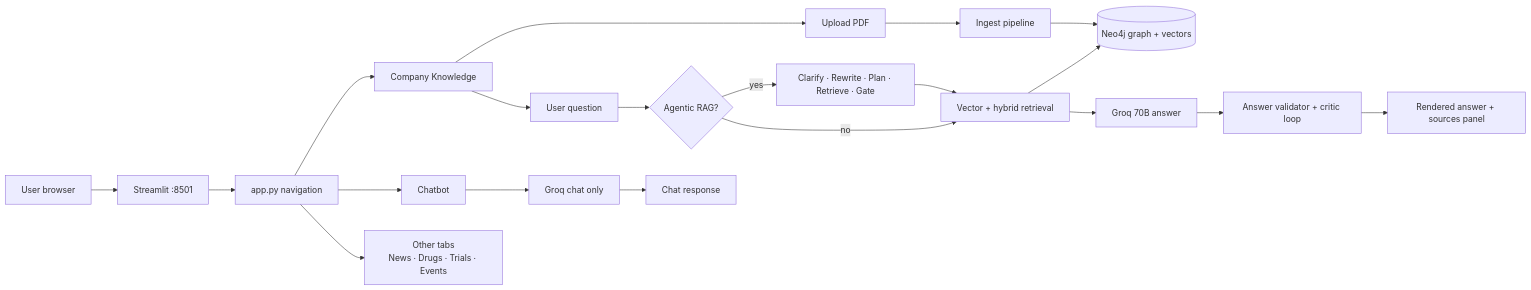
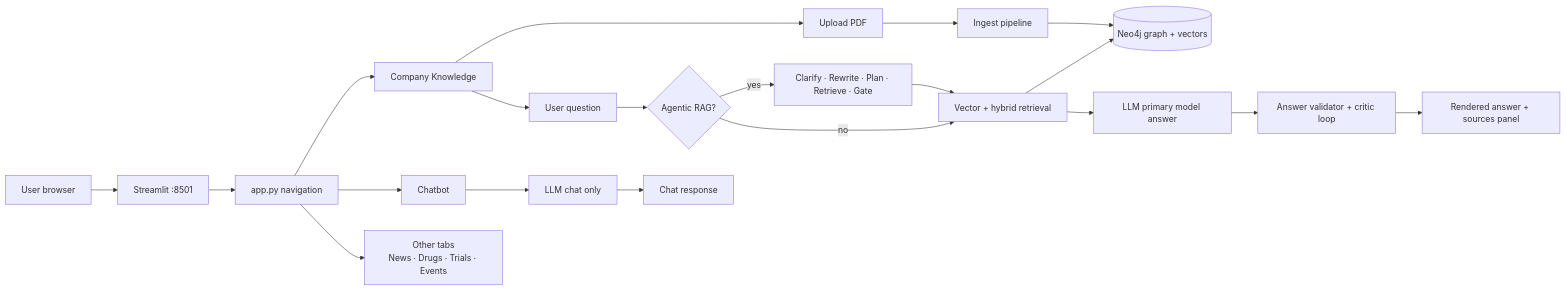
The fourth of 9 diagrams in docs/AIOPS_ARCHITECTURE.md (mdevaraju99/Langfuse-retention_openobserve_pharmahub), drawn with Mermaid before and after one commit. The commit also changed other lines of this file and 50 other files, not shown here.

````diff
--- a/docs/AIOPS_ARCHITECTURE.md
+++ b/docs/AIOPS_ARCHITECTURE.md
@@ -127,25 +252,25 @@
 ```mermaid
 flowchart LR
     U[User browser] --> ST[Streamlit :8501]
     ST --> APP[app.py navigation]
     APP --> CK[Company Knowledge]
     APP --> CB[Chatbot]
     APP --> MOD[Other tabs<br/>News · Drugs · Trials · Events]
 
     CK --> UP[Upload PDF]
     UP --> ING[Ingest pipeline]
     ING --> NEO[(Neo4j graph + vectors)]
 
     CK --> Q[User question]
     Q --> AG{Agentic RAG?}
     AG -->|yes| ORCH[Clarify · Rewrite · Plan · Retrieve · Gate]
     AG -->|no| RET[Vector + hybrid retrieval]
     ORCH --> RET
     RET --> NEO
-    RET --> GEN[Groq 70B answer]
+    RET --> GEN[LLM primary model answer]
     GEN --> VAL[Answer validator + critic loop]
     VAL --> OUT[Rendered answer + sources panel]
 
-    CB --> G2[Groq chat only]
+    CB --> G2[LLM chat only]
     G2 --> OUT2[Chat response]
 ```
````
